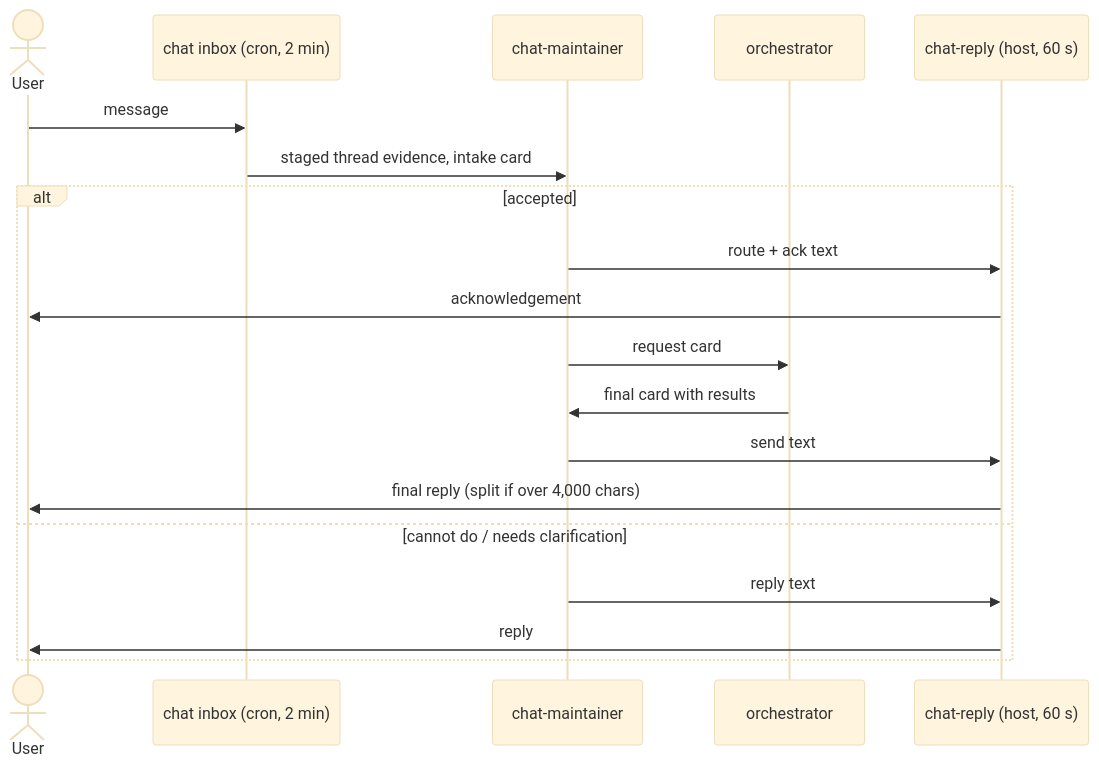
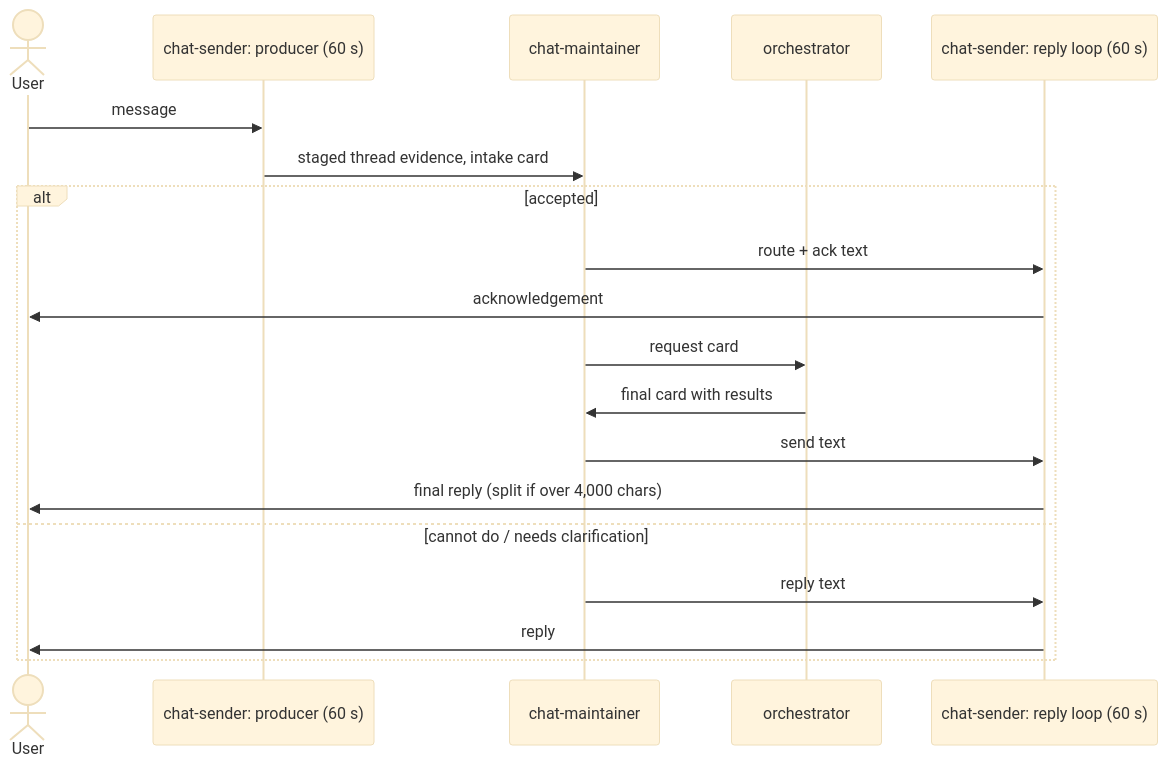
The third of 3 diagrams in docs/workflows.md (Zhachory1/ralph), drawn with Mermaid (base theme) before and after one commit. The commit also changed other lines of this file and 8 other files, not shown here.

````diff
--- a/docs/workflows.md
+++ b/docs/workflows.md
@@ -86,21 +86,21 @@
 ```mermaid
 sequenceDiagram
     actor User
-    participant I as chat inbox (cron, 2 min)
+    participant P as chat-sender: producer (60 s)
     participant CM as chat-maintainer
     participant O as orchestrator
-    participant R as chat-reply (host, 60 s)
-    User->>I: message
-    I->>CM: staged thread evidence, intake card
+    participant R as chat-sender: reply loop (60 s)
+    User->>P: message
+    P->>CM: staged thread evidence, intake card
     alt accepted
         CM->>R: route + ack text
         R->>User: acknowledgement
         CM->>O: request card
         O->>CM: final card with results
         CM->>R: send text
         R->>User: final reply (split if over 4,000 chars)
     else cannot do / needs clarification
         CM->>R: reply text
         R->>User: reply
     end
 ```
````
